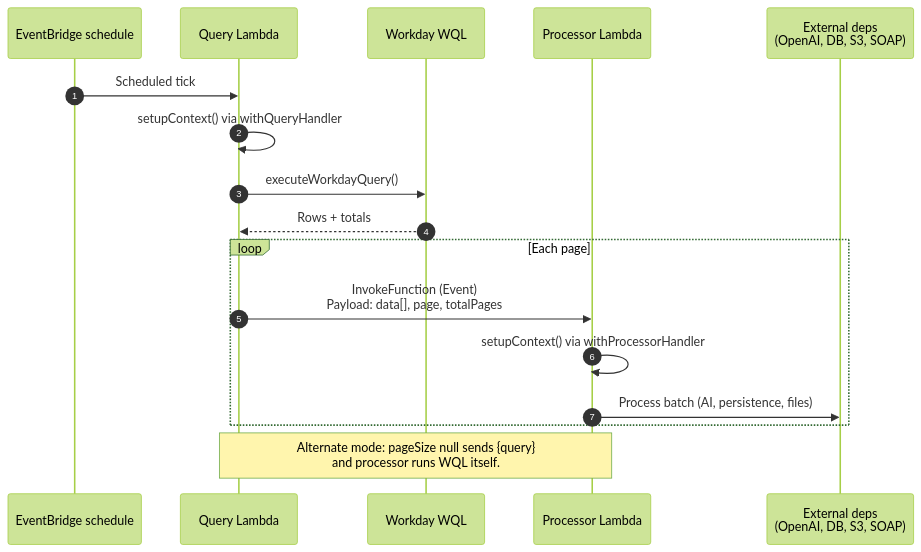
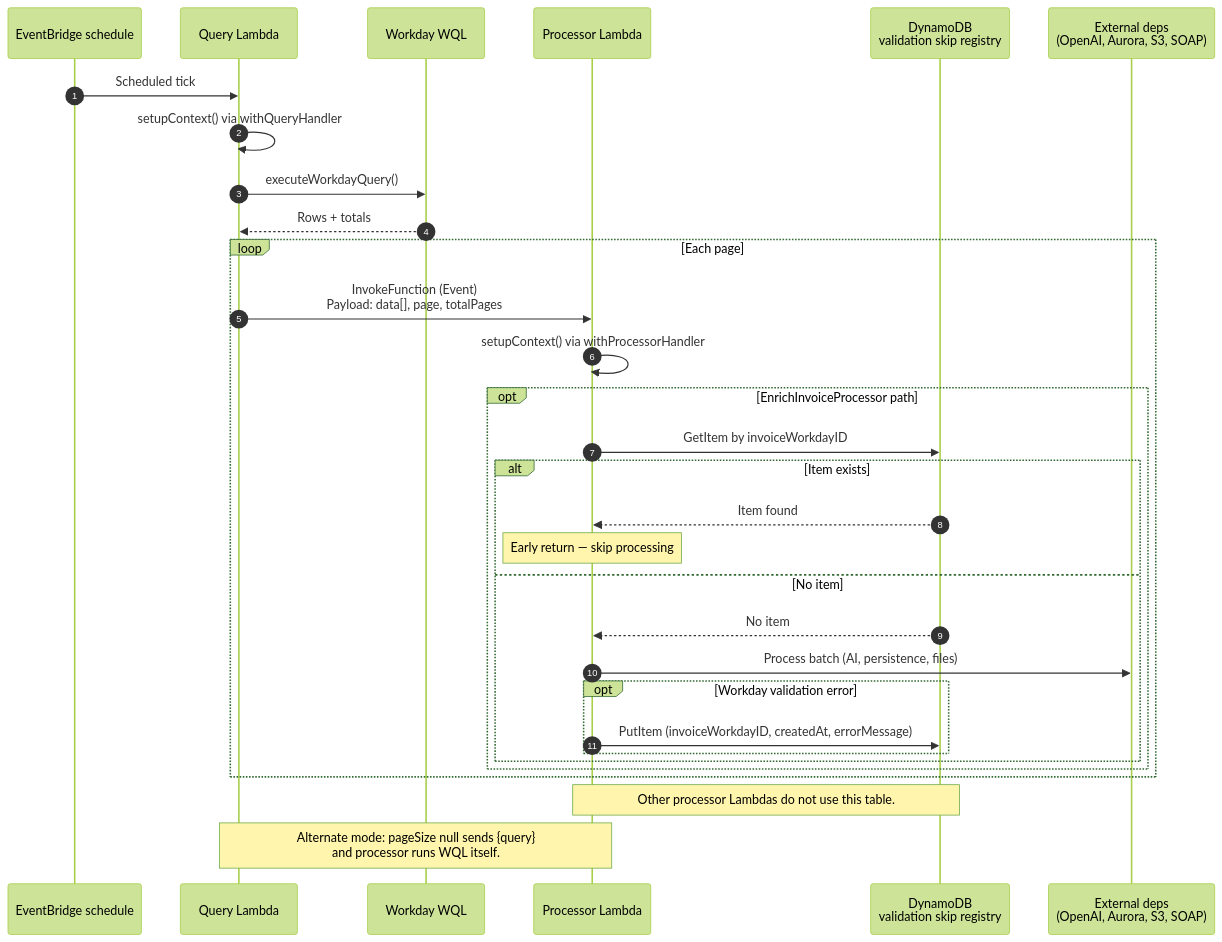
Before and after one commit to pgahq/finance-agent: the second of 6 diagrams in docs/adr/0001-finance-agent-serverless-architecture.md, drawn with Mermaid (forest theme). The commit also changed other lines of this file, not shown here.

First line of the commit message:
docs(adr): document DynamoDB validation skip registry

````diff
--- a/docs/adr/0001-finance-agent-serverless-architecture.md
+++ b/docs/adr/0001-finance-agent-serverless-architecture.md
@@ -84,21 +84,35 @@
 ```mermaid
 sequenceDiagram
   autonumber
   participant EB as EventBridge schedule
   participant QF as Query Lambda
   participant WD as Workday WQL
   participant PF as Processor Lambda
-  participant Ex as External deps<br/>(OpenAI, DB, S3, SOAP)
+  participant DDB as DynamoDB<br/>validation skip registry
+  participant Ex as External deps<br/>(OpenAI, Aurora, S3, SOAP)
 
   EB->>QF: Scheduled tick
   QF->>QF: setupContext() via withQueryHandler
   QF->>WD: executeWorkdayQuery()
   WD-->>QF: Rows + totals
   loop Each page
     QF->>PF: InvokeFunction (Event)<br/>Payload: data[], page, totalPages
     PF->>PF: setupContext() via withProcessorHandler
-    PF->>Ex: Process batch (AI, persistence, files)
+    opt EnrichInvoiceProcessor path
+      PF->>DDB: GetItem by invoiceWorkdayID
+      alt Item exists
+        DDB-->>PF: Item found
+        Note over PF: Early return — skip processing
+      else No item
+        DDB-->>PF: No item
+        PF->>Ex: Process batch (AI, persistence, files)
+        opt Workday validation error
+          PF->>DDB: PutItem (invoiceWorkdayID, createdAt, errorMessage)
+        end
+      end
+    end
   end
 
+  Note over PF,DDB: Other processor Lambdas do not use this table.
   Note over QF,PF: Alternate mode: pageSize null sends {query}<br/>and processor runs WQL itself.
 ```
````
